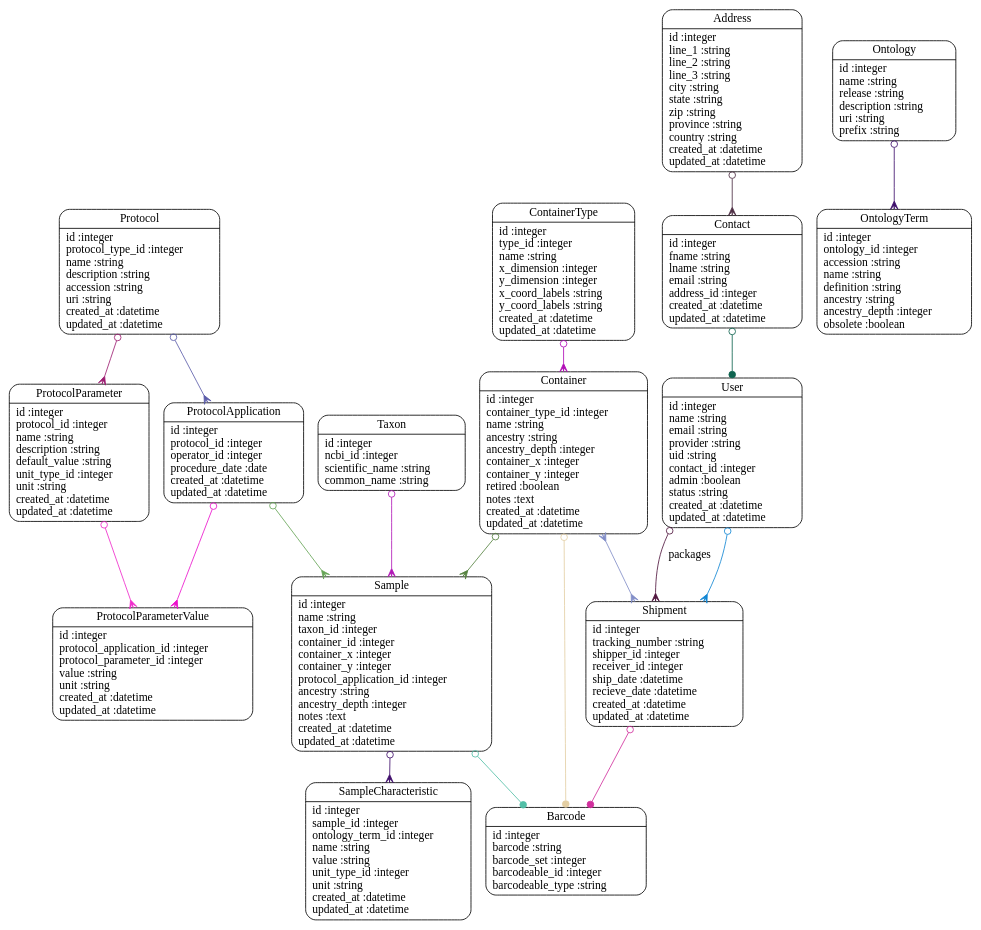
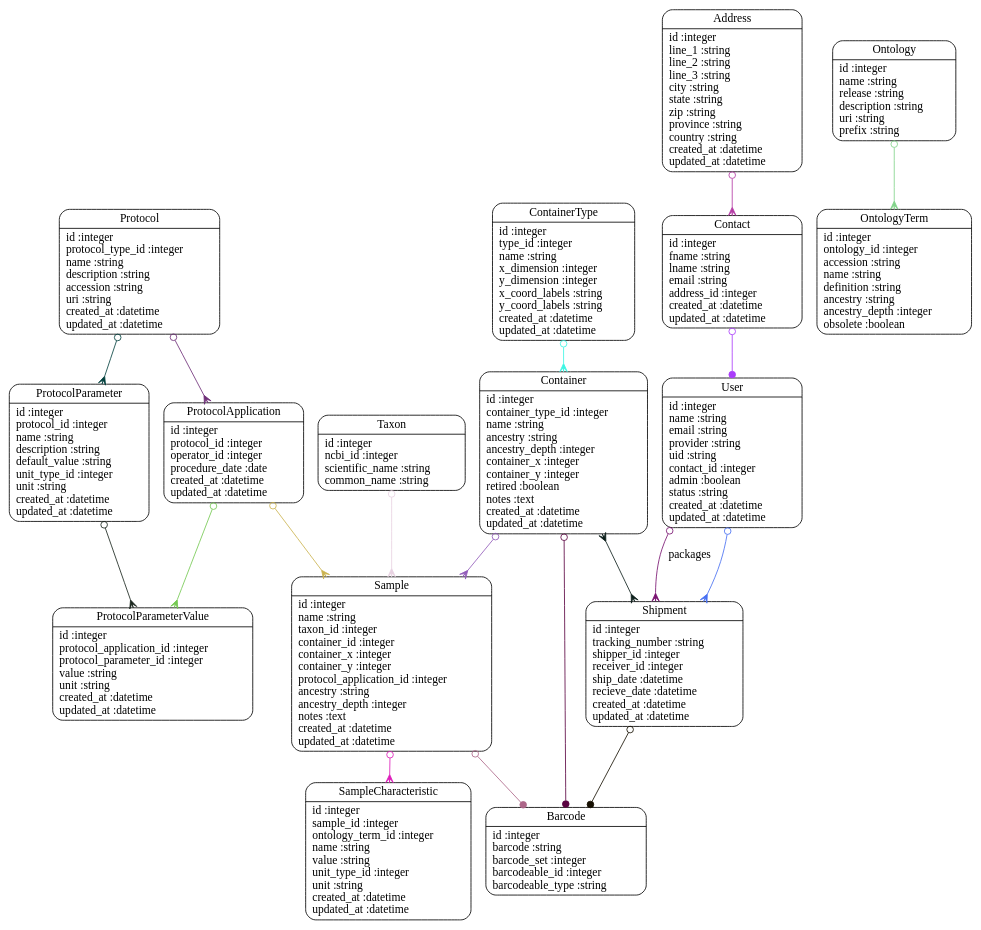
One commit to dimitras/collos changed the diagram in models.dot. Above: the diagram before and after it, drawn with Graphviz. The commit also changed 1 other file, not shown here.

```diff
--- a/models.dot
+++ b/models.dot
@@ -1,37 +1,37 @@
 digraph models_diagram {
 	graph[overlap=false, splines=true]
 	"Address" [shape=Mrecord, label="{Address|id :integer\lline_1 :string\lline_2 :string\lline_3 :string\lcity :string\lstate :string\lzip :string\lprovince :string\lcountry :string\lcreated_at :datetime\lupdated_at :datetime\l}"]
 	"Barcode" [shape=Mrecord, label="{Barcode|id :integer\lbarcode :string\lbarcode_set :integer\lbarcodeable_id :integer\lbarcodeable_type :string\l}"]
 	"Contact" [shape=Mrecord, label="{Contact|id :integer\lfname :string\llname :string\lemail :string\laddress_id :integer\lcreated_at :datetime\lupdated_at :datetime\l}"]
 	"Container" [shape=Mrecord, label="{Container|id :integer\lcontainer_type_id :integer\lname :string\lancestry :string\lancestry_depth :integer\lcontainer_x :integer\lcontainer_y :integer\lretired :boolean\lnotes :text\lcreated_at :datetime\lupdated_at :datetime\l}"]
 	"ContainerType" [shape=Mrecord, label="{ContainerType|id :integer\ltype_id :integer\lname :string\lx_dimension :integer\ly_dimension :integer\lx_coord_labels :string\ly_coord_labels :string\lcreated_at :datetime\lupdated_at :datetime\l}"]
 	"Ontology" [shape=Mrecord, label="{Ontology|id :integer\lname :string\lrelease :string\ldescription :string\luri :string\lprefix :string\l}"]
 	"OntologyTerm" [shape=Mrecord, label="{OntologyTerm|id :integer\lontology_id :integer\laccession :string\lname :string\ldefinition :string\lancestry :string\lancestry_depth :integer\lobsolete :boolean\l}"]
 	"Protocol" [shape=Mrecord, label="{Protocol|id :integer\lprotocol_type_id :integer\lname :string\ldescription :string\laccession :string\luri :string\lcreated_at :datetime\lupdated_at :datetime\l}"]
 	"ProtocolApplication" [shape=Mrecord, label="{ProtocolApplication|id :integer\lprotocol_id :integer\loperator_id :integer\lprocedure_date :date\lcreated_at :datetime\lupdated_at :datetime\l}"]
 	"ProtocolParameter" [shape=Mrecord, label="{ProtocolParameter|id :integer\lprotocol_id :integer\lname :string\ldescription :string\ldefault_value :string\lunit_type_id :integer\lunit :string\lcreated_at :datetime\lupdated_at :datetime\l}"]
 	"ProtocolParameterValue" [shape=Mrecord, label="{ProtocolParameterValue|id :integer\lprotocol_application_id :integer\lprotocol_parameter_id :integer\lvalue :string\lunit :string\lcreated_at :datetime\lupdated_at :datetime\l}"]
 	"Sample" [shape=Mrecord, label="{Sample|id :integer\lname :string\ltaxon_id :integer\lcontainer_id :integer\lcontainer_x :integer\lcontainer_y :integer\lprotocol_application_id :integer\lancestry :string\lancestry_depth :integer\lnotes :text\lcreated_at :datetime\lupdated_at :datetime\l}"]
 	"SampleCharacteristic" [shape=Mrecord, label="{SampleCharacteristic|id :integer\lsample_id :integer\lontology_term_id :integer\lname :string\lvalue :string\lunit_type_id :integer\lunit :string\lcreated_at :datetime\lupdated_at :datetime\l}"]
 	"Shipment" [shape=Mrecord, label="{Shipment|id :integer\ltracking_number :string\lshipper_id :integer\lreceiver_id :integer\lship_date :datetime\lrecieve_date :datetime\lcreated_at :datetime\lupdated_at :datetime\l}"]
 	"Taxon" [shape=Mrecord, label="{Taxon|id :integer\lncbi_id :integer\lscientific_name :string\lcommon_name :string\l}"]
 	"User" [shape=Mrecord, label="{User|id :integer\lname :string\lemail :string\lprovider :string\luid :string\lcontact_id :integer\ladmin :boolean\lstatus :string\lcreated_at :datetime\lupdated_at :datetime\l}"]
-	"Address" -> "Contact" [arrowtail=odot, arrowhead=crow, dir=both color="#4C2C42"]
-	"Contact" -> "User" [arrowtail=odot, arrowhead=dot, dir=both color="#0F6450"]
-	"Container" -> "Sample" [arrowtail=odot, arrowhead=crow, dir=both color="#558340"]
-	"Container" -> "Barcode" [arrowtail=odot, arrowhead=dot, dir=both color="#E4CFA4"]
-	"Container" -> "Shipment" [arrowtail=crow, arrowhead=crow, dir=both color="#818DC7"]
-	"ContainerType" -> "Container" [arrowtail=odot, arrowhead=crow, dir=both color="#B10CB6"]
-	"Ontology" -> "OntologyTerm" [arrowtail=odot, arrowhead=crow, dir=both color="#3F0F6C"]
-	"Protocol" -> "ProtocolApplication" [arrowtail=odot, arrowhead=crow, dir=both color="#5A5BA9"]
-	"Protocol" -> "ProtocolParameter" [arrowtail=odot, arrowhead=crow, dir=both color="#9D1D72"]
-	"ProtocolApplication" -> "Sample" [arrowtail=odot, arrowhead=crow, dir=both color="#65A456"]
-	"ProtocolApplication" -> "ProtocolParameterValue" [arrowtail=odot, arrowhead=crow, dir=both color="#EC10CC"]
-	"ProtocolParameter" -> "ProtocolParameterValue" [arrowtail=odot, arrowhead=crow, dir=both color="#F029CB"]
-	"Sample" -> "Barcode" [arrowtail=odot, arrowhead=dot, dir=both color="#52BFA7"]
-	"Sample" -> "SampleCharacteristic" [arrowtail=odot, arrowhead=crow, dir=both color="#400E6B"]
-	"Shipment" -> "Barcode" [arrowtail=odot, arrowhead=dot, dir=both color="#D12F9D"]
-	"Taxon" -> "Sample" [arrowtail=odot, arrowhead=crow, dir=both color="#B219B6"]
-	"User" -> "Shipment" [arrowtail=odot, arrowhead=crow, dir=both color="#1086D4"]
-	"User" -> "Shipment" [label="packages", arrowtail=odot, arrowhead=crow, dir=both color="#51163E"]
+	"Address" -> "Contact" [arrowtail=odot, arrowhead=crow, dir=both color="#B43AA4"]
+	"Contact" -> "User" [arrowtail=odot, arrowhead=dot, dir=both color="#AA3DFB"]
+	"Container" -> "Sample" [arrowtail=odot, arrowhead=crow, dir=both color="#925CBA"]
+	"Container" -> "Barcode" [arrowtail=odot, arrowhead=dot, dir=both color="#5B0442"]
+	"Container" -> "Shipment" [arrowtail=crow, arrowhead=crow, dir=both color="#0B1E1A"]
+	"ContainerType" -> "Container" [arrowtail=odot, arrowhead=crow, dir=both color="#3CF6E3"]
+	"Ontology" -> "OntologyTerm" [arrowtail=odot, arrowhead=crow, dir=both color="#81D48A"]
+	"Protocol" -> "ProtocolApplication" [arrowtail=odot, arrowhead=crow, dir=both color="#6E2E77"]
+	"Protocol" -> "ProtocolParameter" [arrowtail=odot, arrowhead=crow, dir=both color="#03413E"]
+	"ProtocolApplication" -> "Sample" [arrowtail=odot, arrowhead=crow, dir=both color="#CBB34E"]
+	"ProtocolApplication" -> "ProtocolParameterValue" [arrowtail=odot, arrowhead=crow, dir=both color="#74C951"]
+	"ProtocolParameter" -> "ProtocolParameterValue" [arrowtail=odot, arrowhead=crow, dir=both color="#19251C"]
+	"Sample" -> "Barcode" [arrowtail=odot, arrowhead=dot, dir=both color="#AD6689"]
+	"Sample" -> "SampleCharacteristic" [arrowtail=odot, arrowhead=crow, dir=both color="#DD1DBA"]
+	"Shipment" -> "Barcode" [arrowtail=odot, arrowhead=dot, dir=both color="#171002"]
+	"Taxon" -> "Sample" [arrowtail=odot, arrowhead=crow, dir=both color="#E8D2E2"]
+	"User" -> "Shipment" [arrowtail=odot, arrowhead=crow, dir=both color="#476FF2"]
+	"User" -> "Shipment" [label="packages", arrowtail=odot, arrowhead=crow, dir=both color="#791370"]
 }
```
